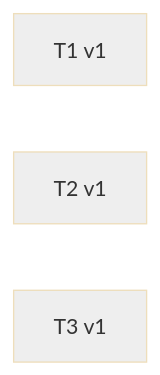
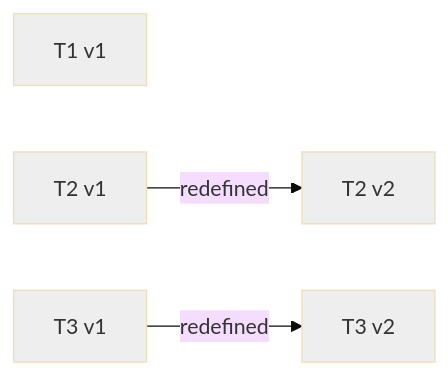
One commit to Curry09/OpenAgents changed diagram 33 of 33 in docs/specs/OVERVIEW.md. Above: the diagram before and after it, drawn with Mermaid (base theme). The commit also changed 4 other files, not shown here.

````diff
--- a/docs/specs/OVERVIEW.md
+++ b/docs/specs/OVERVIEW.md
@@ -764,10 +764,16 @@
 ```mermaid
 graph LR
     v_T1_1["T1 v1"]
     v_T2_1["T2 v1"]
+    v_T2_2["T2 v2"]
+    v_T2_1 -->|redefined| v_T2_2
     v_T3_1["T3 v1"]
+    v_T3_2["T3 v2"]
+    v_T3_1 -->|redefined| v_T3_2
     classDef st_pending fill:#eeeeee;
     class v_T1_1 st_pending;
     class v_T2_1 st_pending;
+    class v_T2_2 st_pending;
     class v_T3_1 st_pending;
+    class v_T3_2 st_pending;
 ```
````
